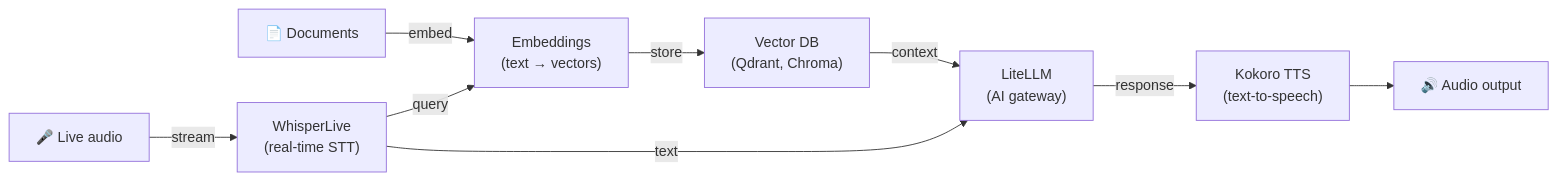
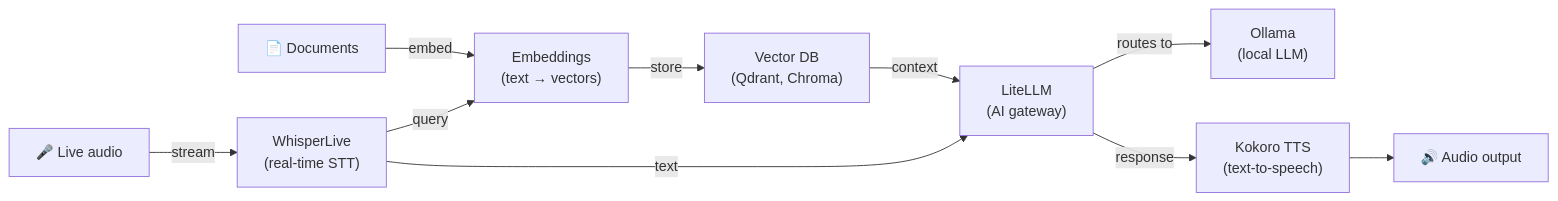
The diagram in README.md (hwdsl2/docker-whisper-live), drawn with Mermaid before and after one commit. The commit also changed other lines of this file and 3 other files, not shown here.

````diff
--- a/README.md
+++ b/README.md
@@ -585,11 +585,12 @@
 ```mermaid
 graph LR
     D["📄 Documents"] -->|embed| E["Embeddings<br/>(text → vectors)"]
     E -->|store| VDB["Vector DB<br/>(Qdrant, Chroma)"]
     A["🎤 Live audio"] -->|stream| WL["WhisperLive<br/>(real-time STT)"]
     WL -->|query| E
     VDB -->|context| L["LiteLLM<br/>(AI gateway)"]
     WL -->|text| L
+    L -->|routes to| O["Ollama<br/>(local LLM)"]
     L -->|response| T["Kokoro TTS<br/>(text-to-speech)"]
     T --> B["🔊 Audio output"]
 ```
````
